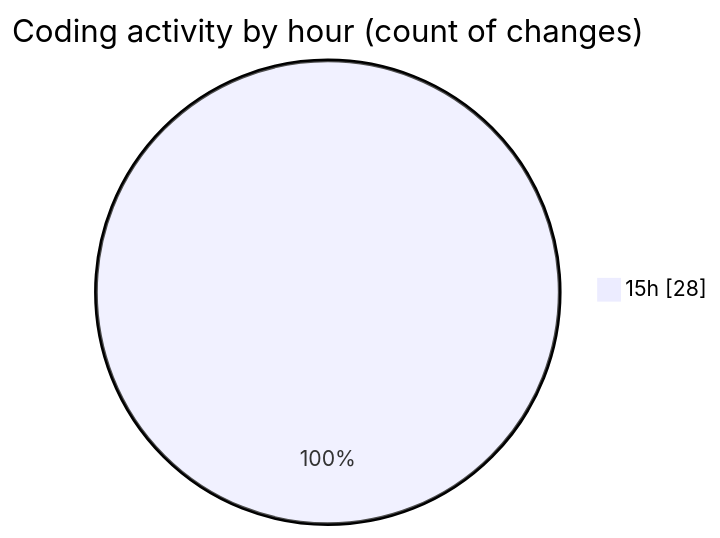
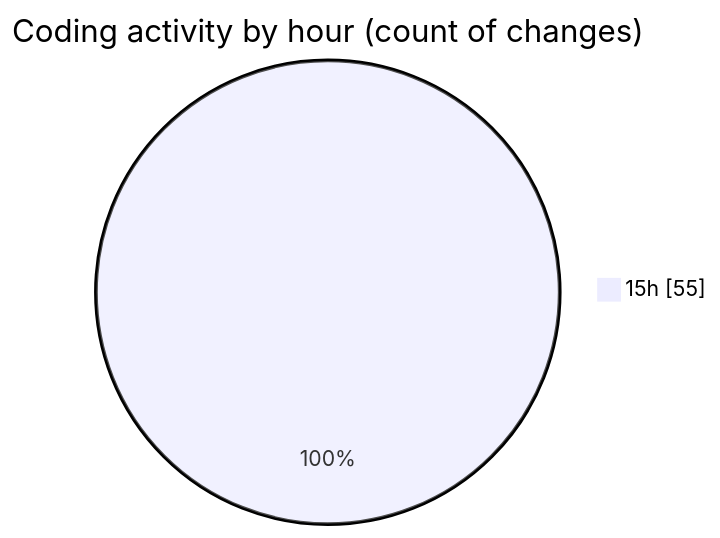
One commit to momahboobian/code-tracking changed the second of 2 diagrams in 2026-01-22/cda-web-components/README.md. Above: the diagram before and after it, drawn with Mermaid. The commit also changed other lines of this file and 1 other file, not shown here.

````diff
--- a/2026-01-22/cda-web-components/README.md
+++ b/2026-01-22/cda-web-components/README.md
@@ -36,5 +63,5 @@
 ```mermaid
 pie showData
 title Coding activity by hour (count of changes)
-"15h" : 28
+"15h" : 55
 ```
````
